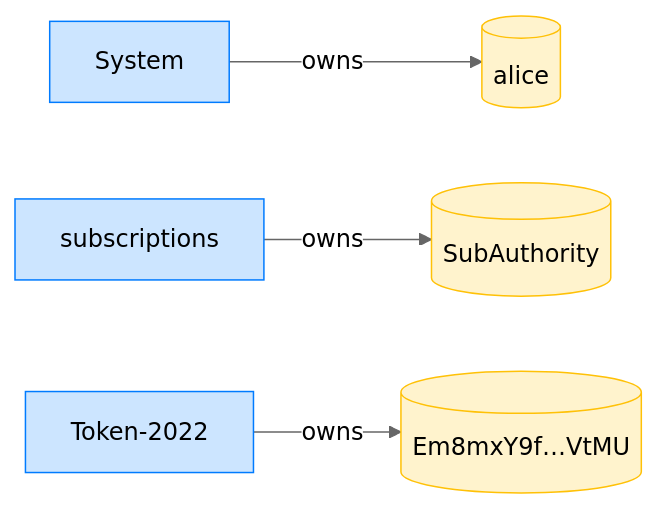
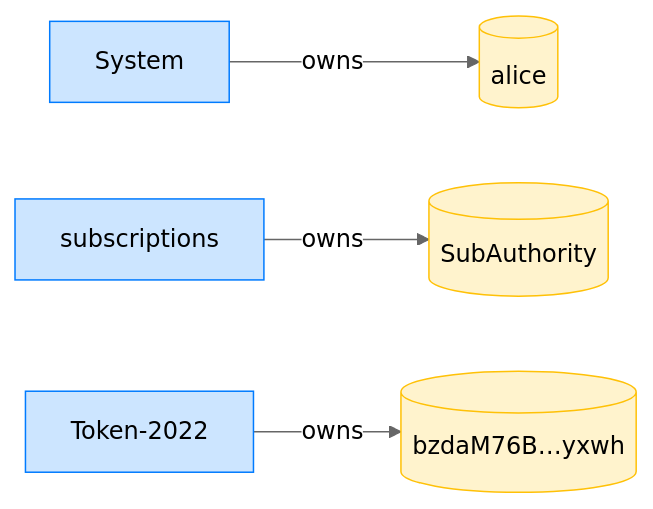
Before and after one commit to cds-rs/subscriptions: the fourth of 4 diagrams in dsl_tests/initialize-over-a-token-2022-mint---mintcloseauthority--.md, drawn with Mermaid (neutral theme). The commit also changed other lines of this file and 224 other files, not shown here.

````diff
--- a/dsl_tests/initialize-over-a-token-2022-mint---mintcloseauthority--.md
+++ b/dsl_tests/initialize-over-a-token-2022-mint---mintcloseauthority--.md
@@ -73,14 +78,14 @@
 ```mermaid
 flowchart LR
     classDef owner fill:#cce5ff,stroke:#007bff;
     classDef account fill:#fff3cd,stroke:#ffc107;
     System[System]:::owner
     alice[(alice)]:::account
     subscriptions[subscriptions]:::owner
     SubAuthority[(SubAuthority)]:::account
     Token_2022["Token-2022"]:::owner
-    Em8mxY9f_VtMU[("Em8mxY9f…VtMU")]:::account
+    bzdaM76B_yxwh[("bzdaM76B…yxwh")]:::account
     System -->|owns| alice
     subscriptions -->|owns| SubAuthority
-    Token_2022 -->|owns| Em8mxY9f_VtMU
+    Token_2022 -->|owns| bzdaM76B_yxwh
 ```
````
